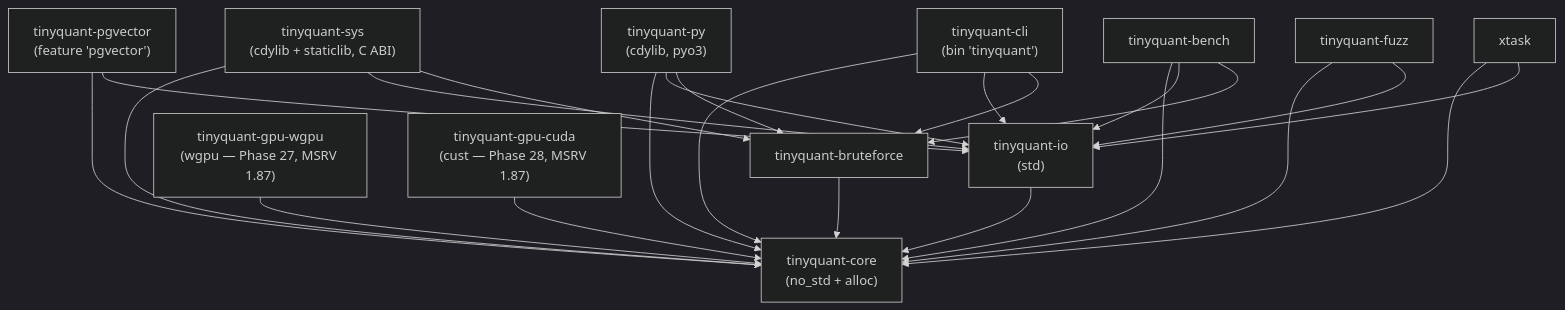
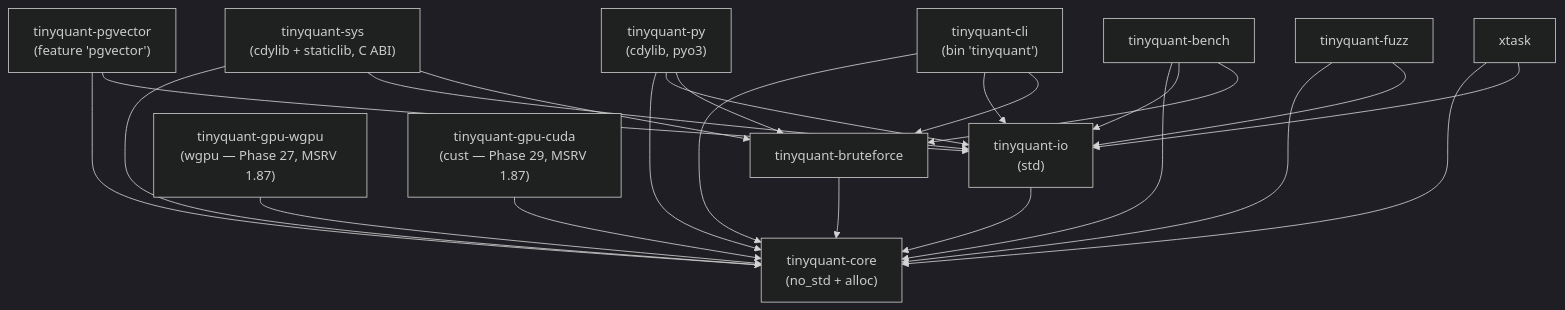
One commit to better-with-models/TinyQuant changed the diagram in docs/design/rust/crate-topology.md. Above: the diagram before and after it, drawn with Mermaid (dark theme). The commit also changed other lines of this file and 21 other files, not shown here.

````diff
--- a/docs/design/rust/crate-topology.md
+++ b/docs/design/rust/crate-topology.md
@@ -55,38 +55,38 @@
 ```mermaid
 graph TD
     Core["tinyquant-core<br/>(no_std + alloc)"]
     IO["tinyquant-io<br/>(std)"]
     BF["tinyquant-bruteforce"]
     PG["tinyquant-pgvector<br/>(feature 'pgvector')"]
     Sys["tinyquant-sys<br/>(cdylib + staticlib, C ABI)"]
     Py["tinyquant-py<br/>(cdylib, pyo3)"]
     CLI["tinyquant-cli<br/>(bin 'tinyquant')"]
     GpuWgpu["tinyquant-gpu-wgpu<br/>(wgpu — Phase 27, MSRV 1.87)"]
-    GpuCuda["tinyquant-gpu-cuda<br/>(cust — Phase 28, MSRV 1.87)"]
+    GpuCuda["tinyquant-gpu-cuda<br/>(cust — Phase 29, MSRV 1.87)"]
     Bench["tinyquant-bench"]
     Fuzz["tinyquant-fuzz"]
     XTask["xtask"]
 
     IO --> Core
     BF --> Core
     PG --> Core
     PG --> IO
     Sys --> Core
     Sys --> IO
     Sys --> BF
     Py --> Core
     Py --> IO
     Py --> BF
     CLI --> Core
     CLI --> IO
     CLI --> BF
     GpuWgpu --> Core
     GpuCuda --> Core
     Bench --> Core
     Bench --> IO
     Bench --> BF
     Fuzz --> Core
     Fuzz --> IO
     XTask --> Core
     XTask --> IO
 ```
````
